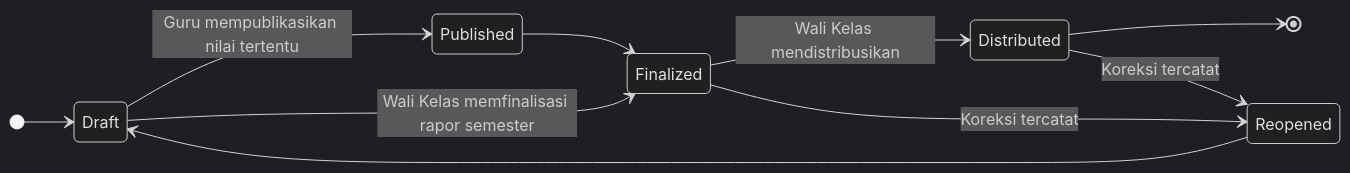
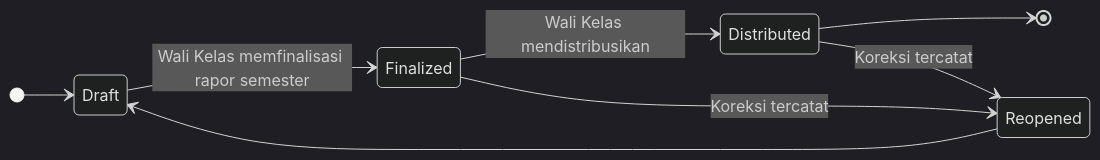
The fifth of 5 diagrams in PRD.md (Korean-Asean-Digital-Academy-Batch-4/Docs), drawn with Mermaid (dark theme) before and after one commit. The commit also changed other lines of this file, not shown here.

First line of the commit message:
docs(prd): tutup 14 temuan baseline dan hapus status Published (v2.5)

````diff
--- a/PRD.md
+++ b/PRD.md
@@ -474,13 +463,11 @@
 ```mermaid
 stateDiagram-v2
     direction LR
     [*] --> Draft
-    Draft --> Published: Guru mempublikasikan nilai tertentu
     Draft --> Finalized: Wali Kelas memfinalisasi rapor semester
-    Published --> Finalized
     Finalized --> Distributed: Wali Kelas mendistribusikan
     Distributed --> [*]
     Finalized --> Reopened: Koreksi tercatat
     Distributed --> Reopened: Koreksi tercatat
     Reopened --> Draft
 ```
````
